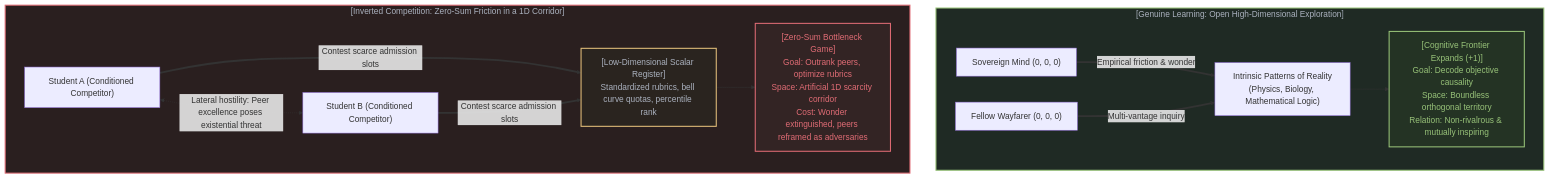
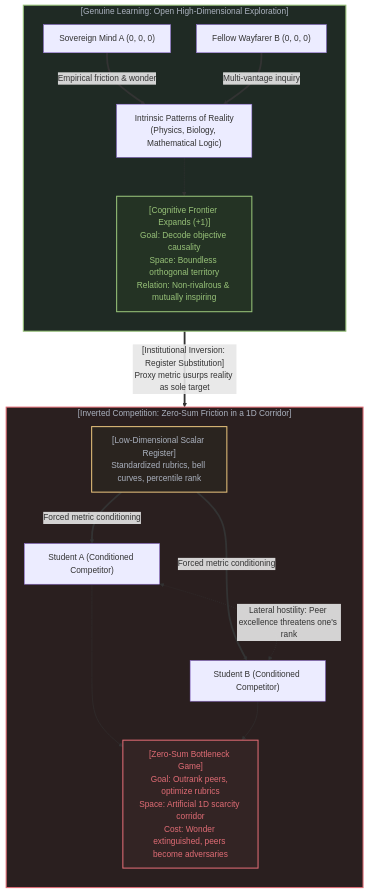
One commit to powerpig99/not-a-toe changed the sixth of 10 diagrams in content/posts/the-reversal-of-education-and-science.md. Above: the diagram before and after it, drawn with Mermaid. The commit also changed other lines of this file, not shown here.

Commit message:
Optimize diagram orientation and aspect ratios for Section 3 and Section 5 in Post 304

````diff
--- a/content/posts/the-reversal-of-education-and-science.md
+++ b/content/posts/the-reversal-of-education-and-science.md
@@ -237,31 +242,36 @@
 ```mermaid
 graph TD
     subgraph GenuineLearning["[Genuine Learning: Open High-Dimensional Exploration]"]
-        MindA["Sovereign Mind (0, 0, 0)"]
-        MindB["Fellow Wayfarer (0, 0, 0)"]
+        direction TB
+        MindA["Sovereign Mind A (0, 0, 0)"]
+        MindB["Fellow Wayfarer B (0, 0, 0)"]
         Patterns["Intrinsic Patterns of Reality<br>(Physics, Biology, Mathematical Logic)"]
         Expansion["[Cognitive Frontier Expands (+1)]<br>Goal: Decode objective causality<br>Space: Boundless orthogonal territory<br>Relation: Non-rivalrous & mutually inspiring"]
 
         MindA ==>|"Empirical friction & wonder"| Patterns
         MindB ==>|"Multi-vantage inquiry"| Patterns
         Patterns --> Expansion
     end
 
+    GenuineLearning ==>|"[Institutional Inversion: Register Substitution]<br>Proxy metric usurps reality as sole target"| InvertedArena
+
     subgraph InvertedArena["[Inverted Competition: Zero-Sum Friction in a 1D Corridor]"]
+        direction TB
+        ExamRegister["[Low-Dimensional Scalar Register]<br>Standardized rubrics, bell curves, percentile rank"]
         StudentA["Student A (Conditioned Competitor)"]
         StudentB["Student B (Conditioned Competitor)"]
-        ExamRegister["[Low-Dimensional Scalar Register]<br>Standardized rubrics, bell curve quotas, percentile rank"]
-        ZeroSumResult["[Zero-Sum Bottleneck Game]<br>Goal: Outrank peers, optimize rubrics<br>Space: Artificial 1D scarcity corridor<br>Cost: Wonder extinguished, peers reframed as adversaries"]
+        ZeroSumResult["[Zero-Sum Bottleneck Game]<br>Goal: Outrank peers, optimize rubrics<br>Space: Artificial 1D scarcity corridor<br>Cost: Wonder extinguished, peers become adversaries"]
 
-        StudentA ==>|"Contest scarce admission slots"| ExamRegister
-        StudentB ==>|"Contest scarce admission slots"| ExamRegister
-        StudentA <-.->|"Lateral hostility: Peer excellence poses existential threat"| StudentB
-        ExamRegister --> ZeroSumResult
+        ExamRegister ==>|"Forced metric conditioning"| StudentA
+        ExamRegister ==>|"Forced metric conditioning"| StudentB
+        StudentA <-.->|"Lateral hostility: Peer excellence threatens one's rank"| StudentB
+        StudentA --> ZeroSumResult
+        StudentB --> ZeroSumResult
     end
 
     style GenuineLearning fill:#1f2a24,stroke:#98c379,stroke-width:2px,color:#abb2bf
     style InvertedArena fill:#2a1f1f,stroke:#e06c75,stroke-width:2px,color:#abb2bf
     style Expansion fill:#243324,stroke:#98c379,stroke-width:2px,color:#98c379
     style ZeroSumResult fill:#332424,stroke:#e06c75,stroke-width:2px,color:#e06c75
     style ExamRegister fill:#2a241f,stroke:#e5c07b,stroke-width:2px,color:#abb2bf
 ```
````
